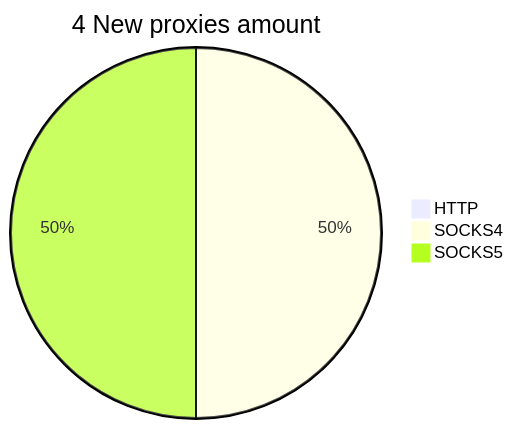
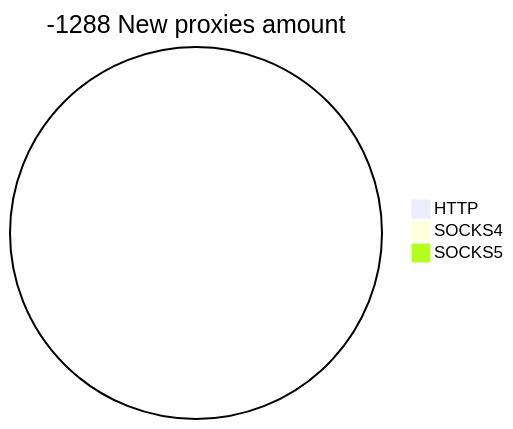
Before and after one commit to cutipu/proxylist: the second of 2 diagrams in README.md, drawn with Mermaid. The commit also changed other lines of this file, not shown here.

````diff
--- a/README.md
+++ b/README.md
@@ -10,6 +10,6 @@
 ```mermaid
-pie title 4 New proxies amount
+pie title -1288 New proxies amount
     "HTTP" : 0
-    "SOCKS4" : 2
-    "SOCKS5" : 2
+    "SOCKS4" : 0
+    "SOCKS5" : 0
 ```
````
